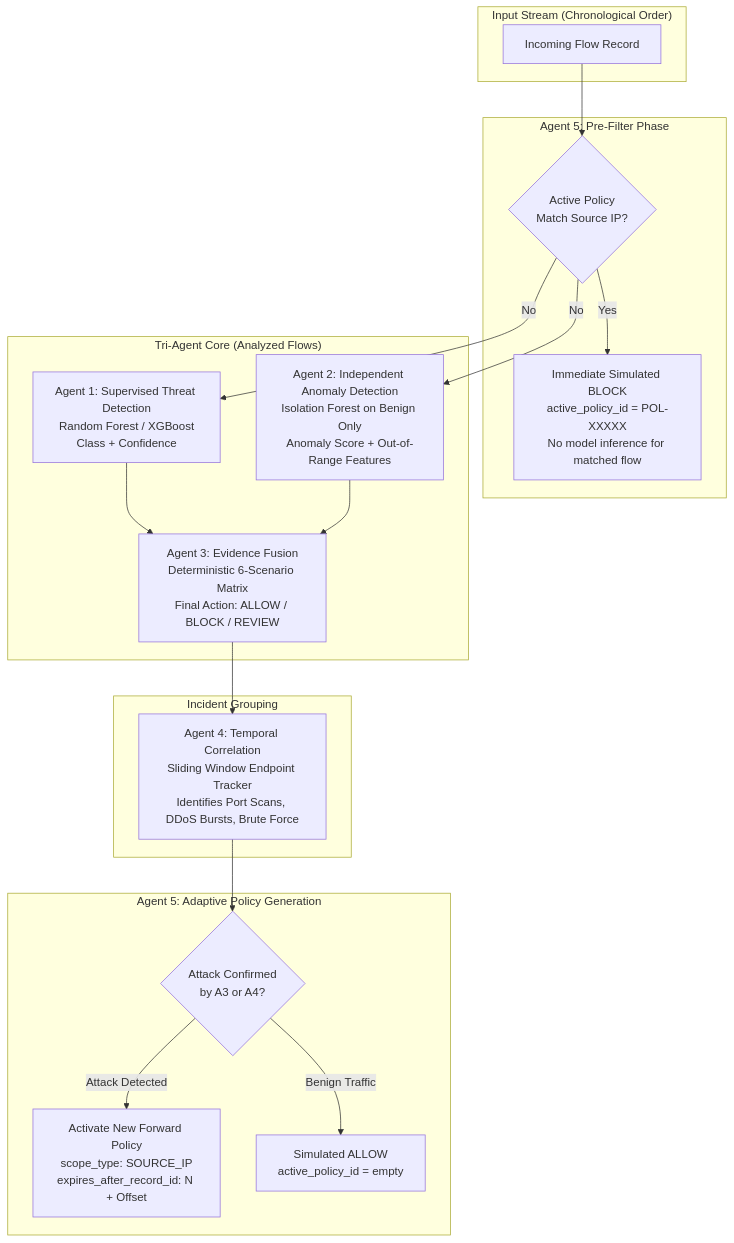
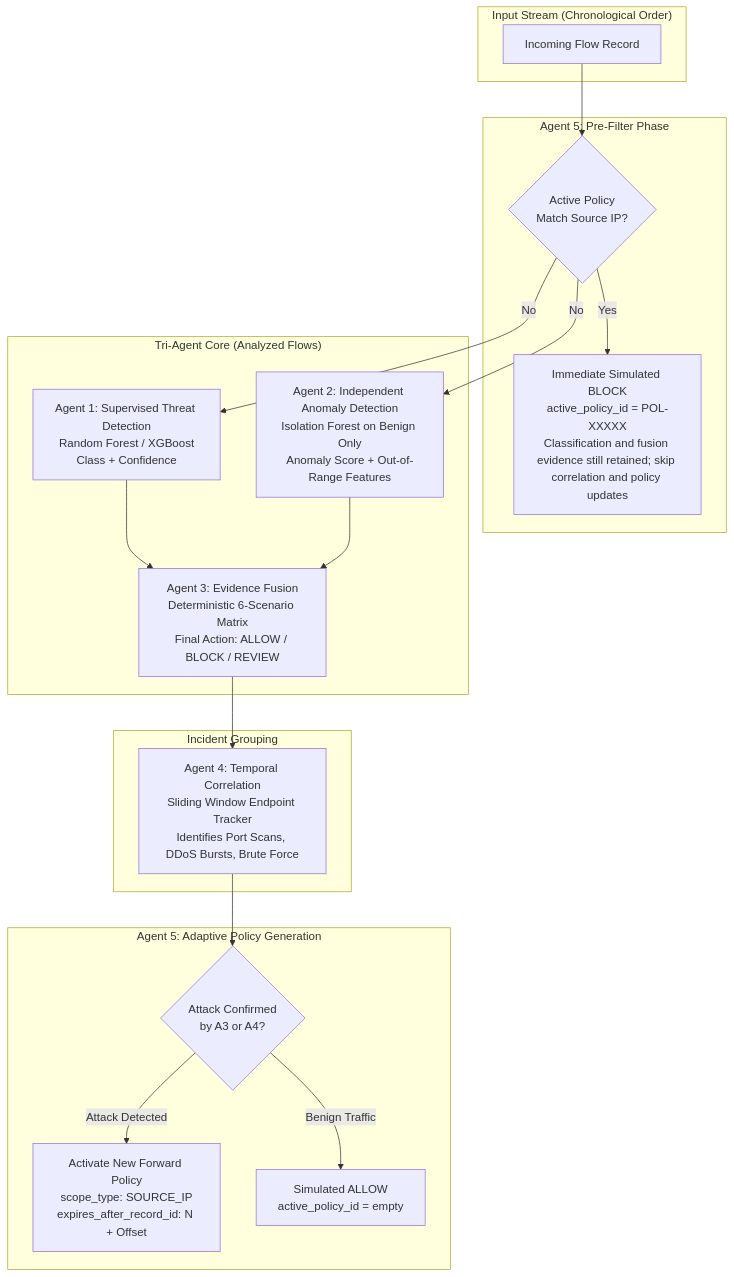
One commit to Aarush-JIIT-2030/jai changed the diagram in docs/level2-brief.md. Above: the diagram before and after it, drawn with Mermaid. The commit also changed other lines of this file, not shown here.

Commit message:
docs: correct prefilter inference claims

````diff
--- a/docs/level2-brief.md
+++ b/docs/level2-brief.md
@@ -7,36 +7,36 @@
 ```mermaid
 flowchart TD
     subgraph Ingestion["Input Stream (Chronological Order)"]
         F[Incoming Flow Record]
     end
 
     subgraph A5_Pre["Agent 5: Pre-Filter Phase"]
         PF{Active Policy<br/>Match Source IP?}
-        BLK[Immediate Simulated BLOCK<br/>active_policy_id = POL-XXXXX<br/>No model inference for matched flow]
+        BLK[Immediate Simulated BLOCK<br/>active_policy_id = POL-XXXXX<br/>Classification and fusion evidence still retained; skip correlation and policy updates]
     end
 
     subgraph Detection["Tri-Agent Core (Analyzed Flows)"]
         A1[Agent 1: Supervised Threat Detection<br/>Random Forest / XGBoost<br/>Class + Confidence]
         A2[Agent 2: Independent Anomaly Detection<br/>Isolation Forest on Benign Only<br/>Anomaly Score + Out-of-Range Features]
         A3[Agent 3: Evidence Fusion<br/>Deterministic 6-Scenario Matrix<br/>Final Action: ALLOW / BLOCK / REVIEW]
     end
 
     subgraph Correlation["Incident Grouping"]
         A4[Agent 4: Temporal Correlation<br/>Sliding Window Endpoint Tracker<br/>Identifies Port Scans, DDoS Bursts, Brute Force]
     end
 
     subgraph A5_Post["Agent 5: Adaptive Policy Generation"]
         PG{Attack Confirmed<br/>by A3 or A4?}
         POL[Activate New Forward Policy<br/>scope_type: SOURCE_IP<br/>expires_after_record_id: N + Offset]
         ALW[Simulated ALLOW<br/>active_policy_id = empty]
     end
 
     F --> PF
     PF -- Yes --> BLK
     PF -- No --> A1 & A2
     A1 & A2 --> A3
     A3 --> A4
     A4 --> PG
     PG -- Attack Detected --> POL
     PG -- Benign Traffic --> ALW
 ```
````
